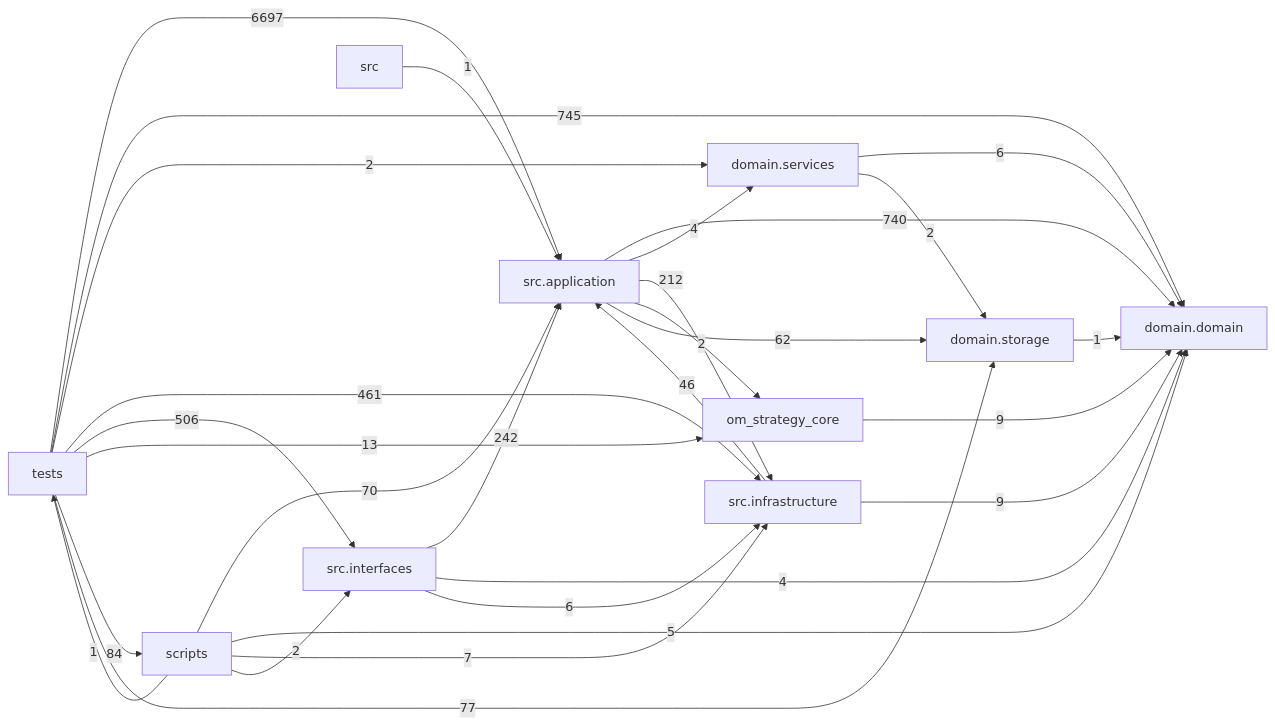
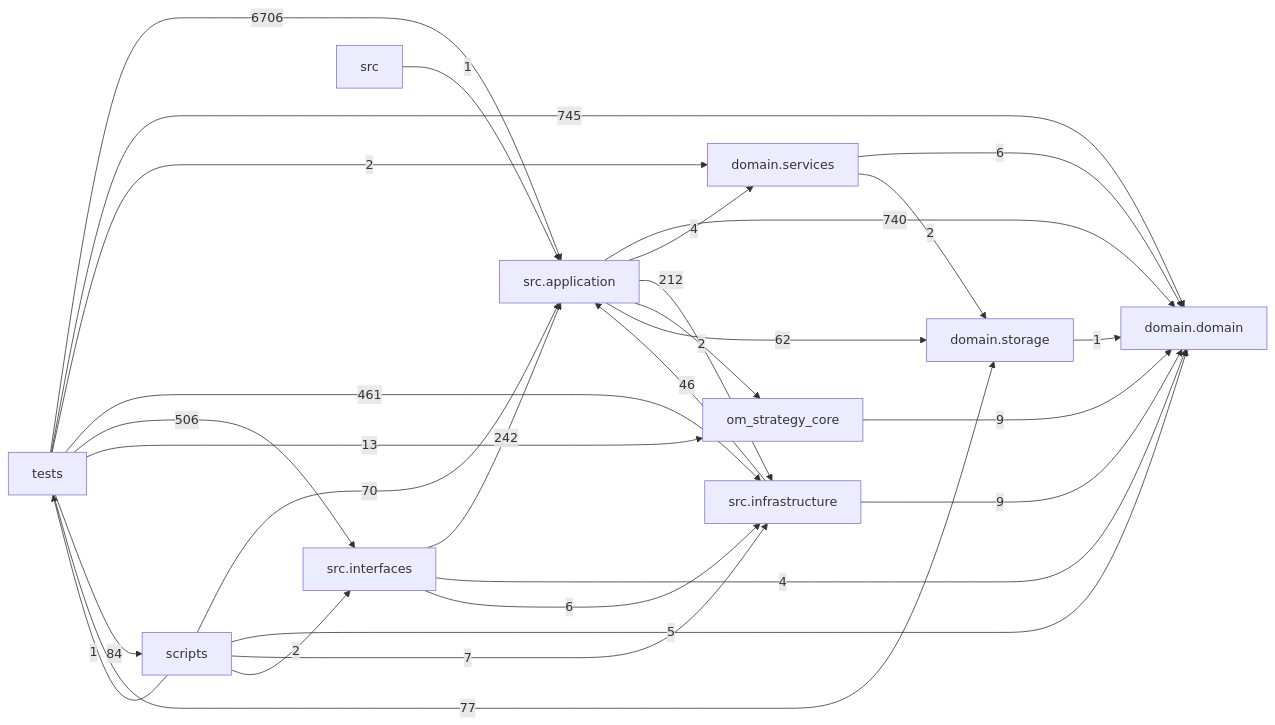
The diagram in docs/DEPENDENCY_GRAPH.md (liuxie066/options-monitor), drawn with Mermaid before and after one commit. The commit also changed other lines of this file and 2 other files, not shown here.

````diff
--- a/docs/DEPENDENCY_GRAPH.md
+++ b/docs/DEPENDENCY_GRAPH.md
@@ -24,39 +24,39 @@
 ```mermaid
 flowchart LR
   tests["tests"]
   scripts["scripts"]
   interfaces["src.interfaces"]
   application["src.application"]
   infrastructure["src.infrastructure"]
   domain_services["domain.services"]
   domain["domain.domain"]
   storage["domain.storage"]
   application -->|740| domain
   application -->|4| domain_services
   application -->|212| infrastructure
   application -->|2| om_strategy_core
   application -->|62| storage
   domain_services -->|6| domain
   domain_services -->|2| storage
   infrastructure -->|46| application
   infrastructure -->|9| domain
   interfaces -->|242| application
   interfaces -->|4| domain
   interfaces -->|6| infrastructure
   om_strategy_core -->|9| domain
   scripts -->|70| application
   scripts -->|5| domain
   scripts -->|7| infrastructure
   scripts -->|2| interfaces
   scripts -->|1| tests
   src -->|1| application
   storage -->|1| domain
-  tests -->|6697| application
+  tests -->|6706| application
   tests -->|745| domain
   tests -->|2| domain_services
   tests -->|461| infrastructure
   tests -->|506| interfaces
   tests -->|13| om_strategy_core
   tests -->|84| scripts
   tests -->|77| storage
 ```
````
